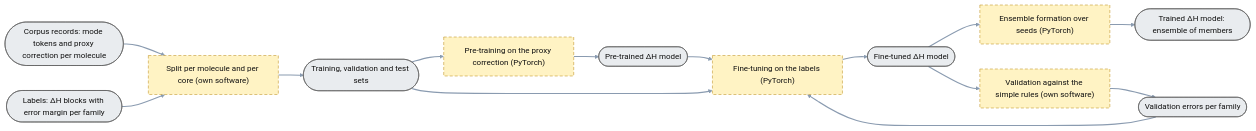
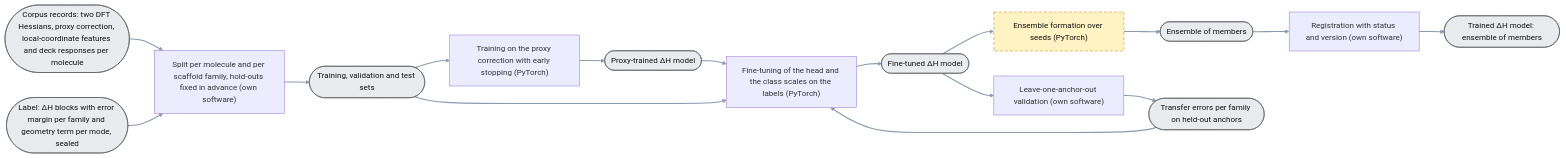
The diagram in plans/05_delta-probed-ir-pipeline/GoalGathering/architecture/60_training.mmd (thebreadishard/udacity-capstone-plan), drawn with Mermaid before and after one commit. The commit also changed 9 other files, not shown here.

```diff
--- a/plans/05_delta-probed-ir-pipeline/GoalGathering/architecture/60_training.mmd
+++ b/plans/05_delta-probed-ir-pipeline/GoalGathering/architecture/60_training.mmd
@@ -1,26 +1,31 @@
-%% Training (level 3): from corpus records and labels comes the trained ΔH model. Target architecture; not built yet. The assessment (test, licence, calibration) is on sheet 7.
+%% Training (level 3): from corpus records and labels comes the trained ΔH model. Target architecture. The assessment (test, licence, calibration) is on sheet 7.
 %% Rectangle = process step (operation + software); rounded ends = data object (the thing). Every step yields one data object. Dashed = not built yet.
+%% 7 October 2026: redrawn to the built route — training on the proxy correction with early stopping on an inner validation split, fine-tuning of the head
+%% and the class scales on the anchor labels with leave-one-anchor-out validation, every saved model registered with a status and a version; reads run
+%% only on carried models. The ensemble over seeds is read as seed means; an ensemble object with spread is not built yet.
 flowchart LR
   linkStyle default stroke:#8a9bb0,stroke-width:2.2px
   classDef planned stroke-dasharray: 6 4,stroke:#b8860b,fill:#fff3c4,color:#111
   classDef data fill:#e9ecef,stroke:#555,color:#111
 
-  CORP(["Corpus records: mode tokens and proxy correction per molecule"]):::data
-  LAB(["Labels: ΔH blocks with error margin per family"]):::data
-  SPLIT["Split per molecule and per core (own software)"]:::planned
+  CORP(["Corpus records: two DFT Hessians, proxy correction, local-coordinate features and deck responses per molecule"]):::data
+  LAB(["Label: ΔH blocks with error margin per family and geometry term per mode, sealed"]):::data
+  SPLIT["Split per molecule and per scaffold family, hold-outs fixed in advance (own software)"]
   SETS(["Training, validation and test sets"]):::data
-  PRE["Pre-training on the proxy correction (PyTorch)"]:::planned
-  PRENET(["Pre-trained ΔH model"]):::data
-  FT["Fine-tuning on the labels (PyTorch)"]:::planned
+  PRE["Training on the proxy correction with early stopping (PyTorch)"]
+  PRENET(["Proxy-trained ΔH model"]):::data
+  FT["Fine-tuning of the head and the class scales on the labels (PyTorch)"]
   FTNET(["Fine-tuned ΔH model"]):::data
-  VAL["Validation against the simple rules (own software)"]:::planned
-  VALR(["Validation errors per family"]):::data
+  VAL["Leave-one-anchor-out validation (own software)"]
+  VALR(["Transfer errors per family on held-out anchors"]):::data
   ENSF["Ensemble formation over seeds (PyTorch)"]:::planned
+  MEMB(["Ensemble of members"]):::data
+  REG["Registration with status and version (own software)"]
   ENS(["Trained ΔH model: ensemble of members"]):::data
 
   CORP --> SPLIT
   LAB --> SPLIT
   SPLIT --> SETS
-  SETS --> PRE --> PRENET --> FT --> FTNET --> ENSF --> ENS
+  SETS --> PRE --> PRENET --> FT --> FTNET --> ENSF --> MEMB --> REG --> ENS
   SETS --> FT
   FTNET --> VAL --> VALR --> FT
```
